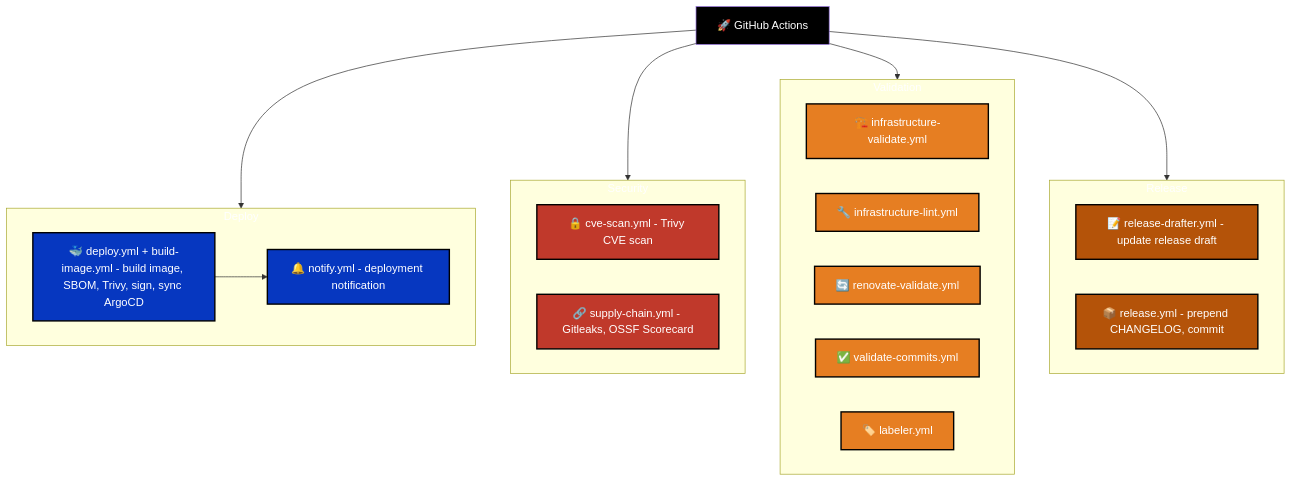
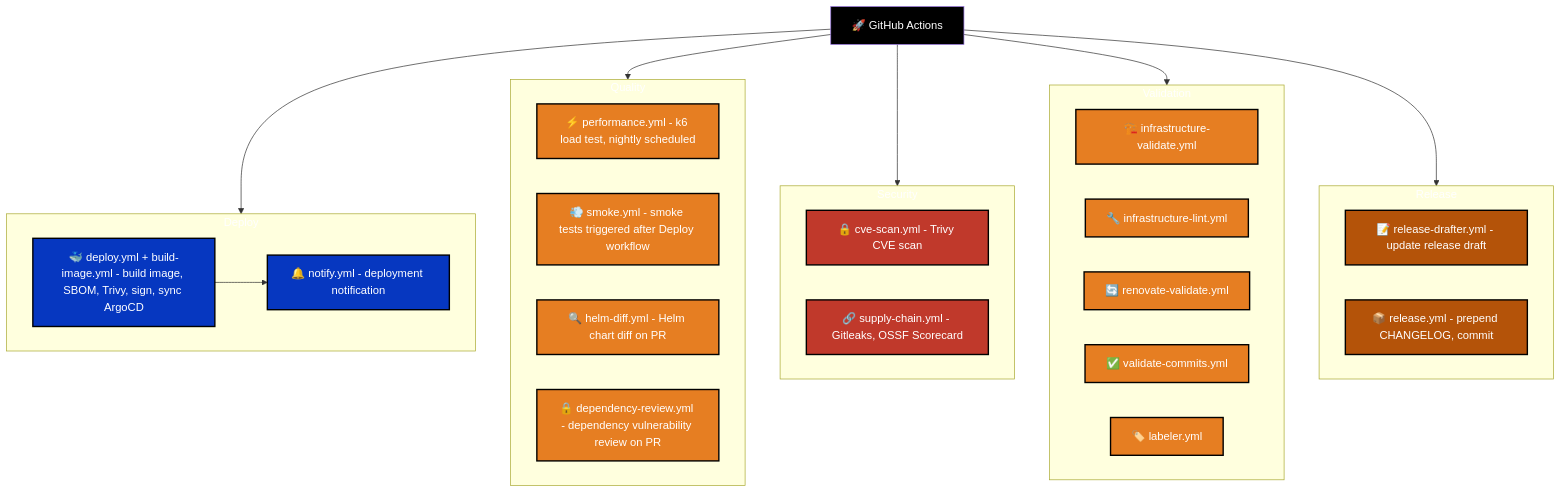
One commit to developer-samuel/levelup-store changed the diagram in docs/diagrams/graphs/tooling/workflows.mmd. Above: the diagram before and after it, drawn with Mermaid. The commit also changed 5 other files, not shown here.

Commit message:
docs: update diagrams and deployment docs to reflect staging branch and missing workflows

```diff
--- a/docs/diagrams/graphs/tooling/workflows.mmd
+++ b/docs/diagrams/graphs/tooling/workflows.mmd
@@ -1,50 +1,60 @@
 graph TD
     %% Class Styles
     classDef root fill:#000, color:#fff;
     classDef deploy fill:#0637c0, color:#fff, stroke:#000, stroke-width:2px;
     classDef security fill:#c0392b, color:#fff, stroke:#000, stroke-width:2px;
     classDef validation fill:#e67e22, color:#fff, stroke:#000, stroke-width:2px;
     classDef release fill:#b45309, color:#fff, stroke:#000, stroke-width:2px;
 
     %% Root
     GHA[🚀 GitHub Actions]:::root
 
     %% ── Deploy ────────────────────────────────────────────────────────────────
 
     subgraph Deploy["Deploy"]
         DeployYml[🐳 deploy.yml + build-image.yml - build image, SBOM, Trivy, sign, sync ArgoCD]:::deploy
         NotifyYml[🔔 notify.yml - deployment notification]:::deploy
     end
 
     %% ── Security ──────────────────────────────────────────────────────────────
 
     subgraph Security["Security"]
         CveScan[🔒 cve-scan.yml - Trivy CVE scan]:::security
         SupplyChain[🔗 supply-chain.yml - Gitleaks, OSSF Scorecard]:::security
     end
 
+    %% ── Quality ───────────────────────────────────────────────────────────────
+
+    subgraph Quality["Quality"]
+        Performance[⚡ performance.yml - k6 load test, nightly scheduled]:::validation
+        Smoke[💨 smoke.yml - smoke tests triggered after Deploy workflow]:::validation
+        HelmDiff[🔍 helm-diff.yml - Helm chart diff on PR]:::validation
+        DepReview[🔒 dependency-review.yml - dependency vulnerability review on PR]:::validation
+    end
+
     %% ── Validation ────────────────────────────────────────────────────────────
 
     subgraph Validation["Validation"]
         InfraValidate[🏗️ infrastructure-validate.yml]:::validation
         InfraLint[🔧 infrastructure-lint.yml]:::validation
         RenovateValidate[🔄 renovate-validate.yml]:::validation
         ValidateCommits[✅ validate-commits.yml]:::validation
         Labeler[🏷️ labeler.yml]:::validation
     end
 
     %% ── Release ───────────────────────────────────────────────────────────────
 
     subgraph Release["Release"]
         ReleaseDrafter[📝 release-drafter.yml - update release draft]:::release
         ReleaseYml[📦 release.yml - prepend CHANGELOG, commit]:::release
     end
 
     %% Connections
     GHA --> Deploy
+    GHA --> Quality
     GHA --> Security
     GHA --> Validation
     GHA --> Release
 
     %% Deploy flow
     DeployYml --> NotifyYml
```
